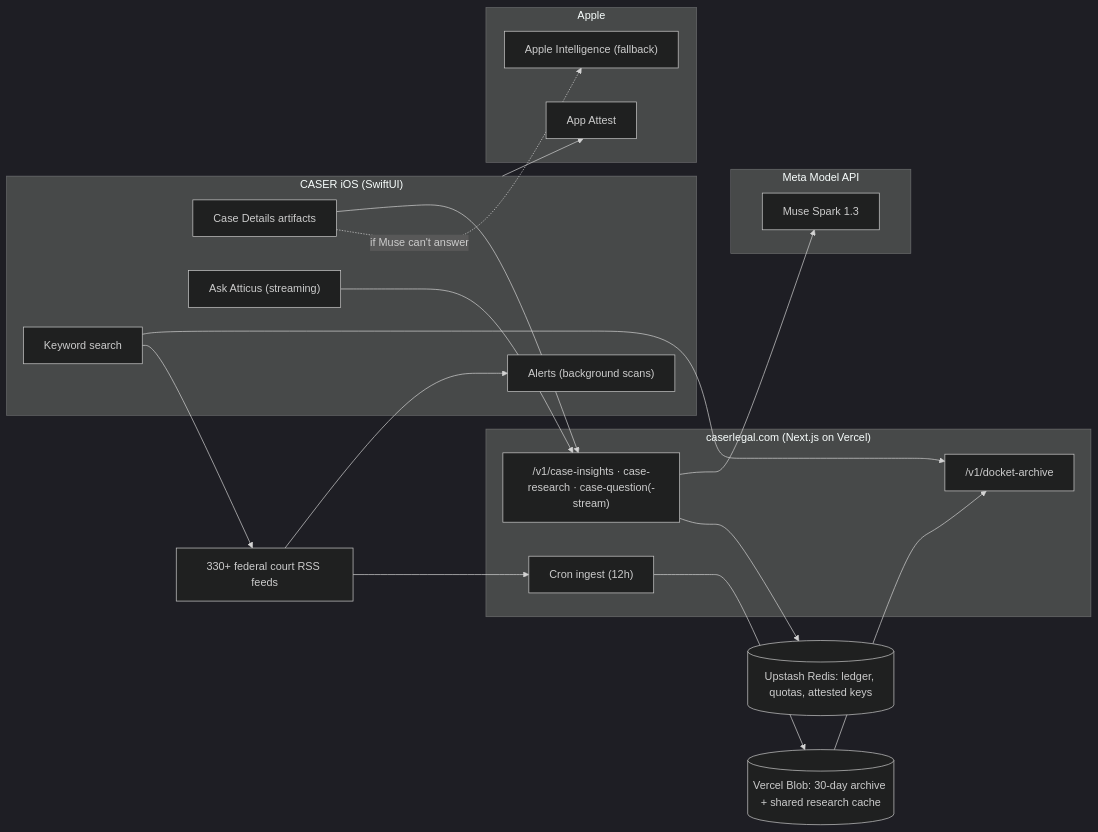
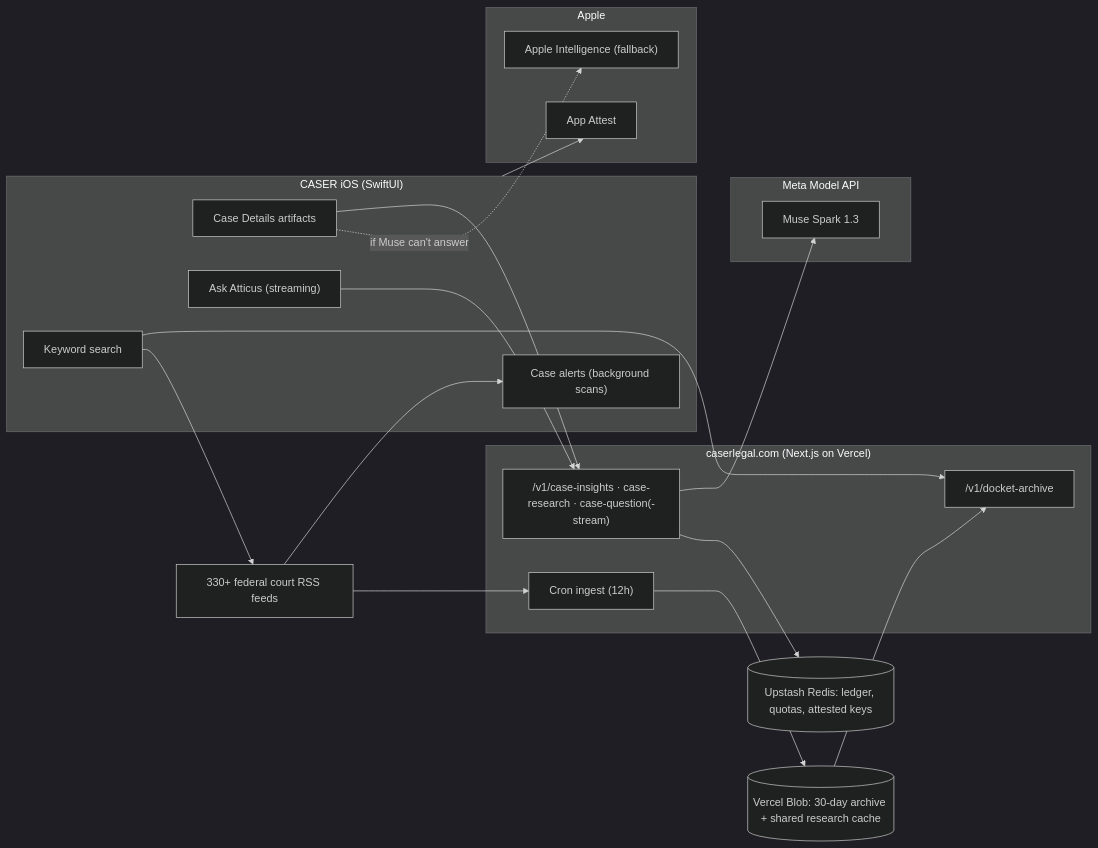
One commit to caser-legal/CASER-2.0 changed the diagram in README.md. Above: the diagram before and after it, drawn with Mermaid (dark theme). The commit also changed other lines of this file and 1 other file, not shown here.

````diff
--- a/README.md
+++ b/README.md
@@ -128,33 +148,33 @@
 ```mermaid
 flowchart LR
     subgraph iPhone["CASER iOS (SwiftUI)"]
         Search["Keyword search"]
         Details["Case Details artifacts"]
         Ask["Ask Atticus (streaming)"]
-        Alerts["Alerts (background scans)"]
+        Alerts["Case alerts (background scans)"]
     end
     subgraph Web["caserlegal.com (Next.js on Vercel)"]
         API["/v1/case-insights · case-research · case-question(-stream)"]
         ArchiveAPI["/v1/docket-archive"]
         Cron["Cron ingest (12h)"]
     end
     subgraph Meta["Meta Model API"]
         Spark["Muse Spark 1.3"]
     end
     subgraph Apple["Apple"]
         Attest["App Attest"]
         AppleAI["Apple Intelligence (fallback)"]
     end
     Feeds["330+ federal court RSS feeds"] --> Cron
     Feeds --> Alerts
     Cron --> Blob[("Vercel Blob: 30-day archive + shared research cache")]
     Blob --> ArchiveAPI
     Search --> ArchiveAPI
     Search --> Feeds
     Details --> API
     Ask --> API
     API --> Spark
     API --> Redis[("Upstash Redis: ledger, quotas, attested keys")]
     iPhone --> Attest
     Details -. "if Muse can't answer" .-> AppleAI
 ```
````
